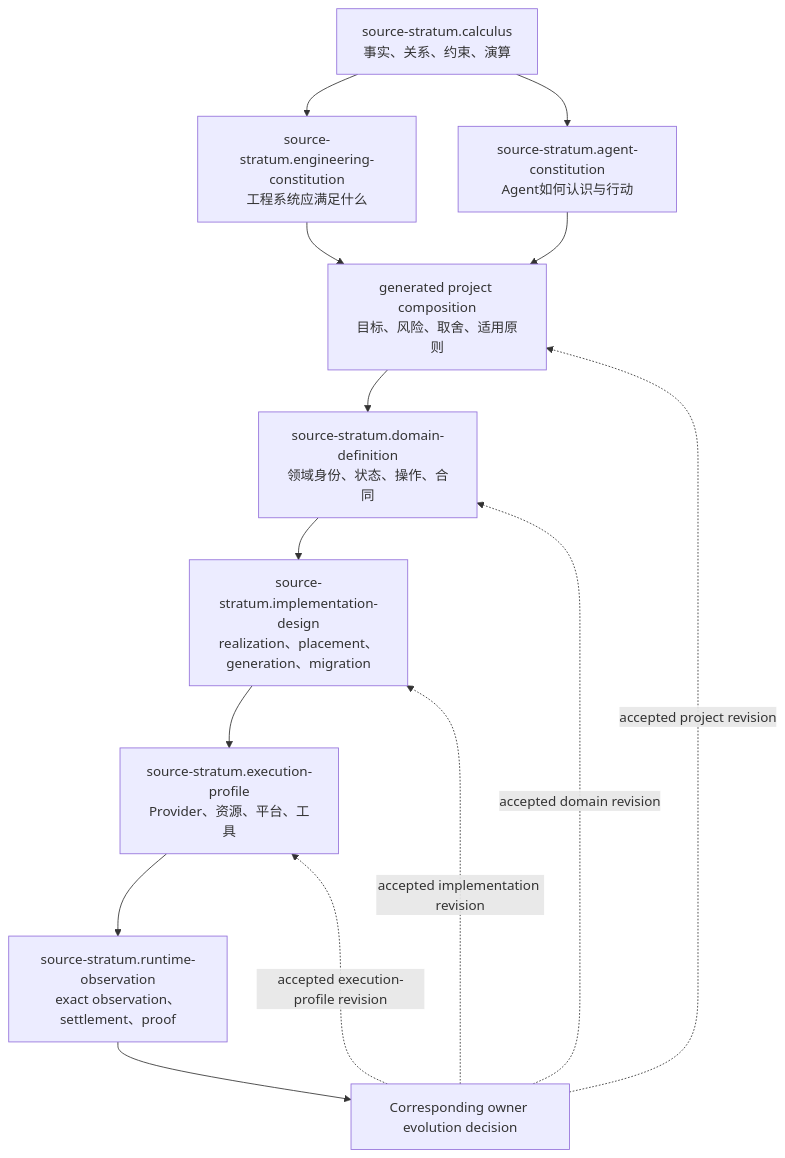
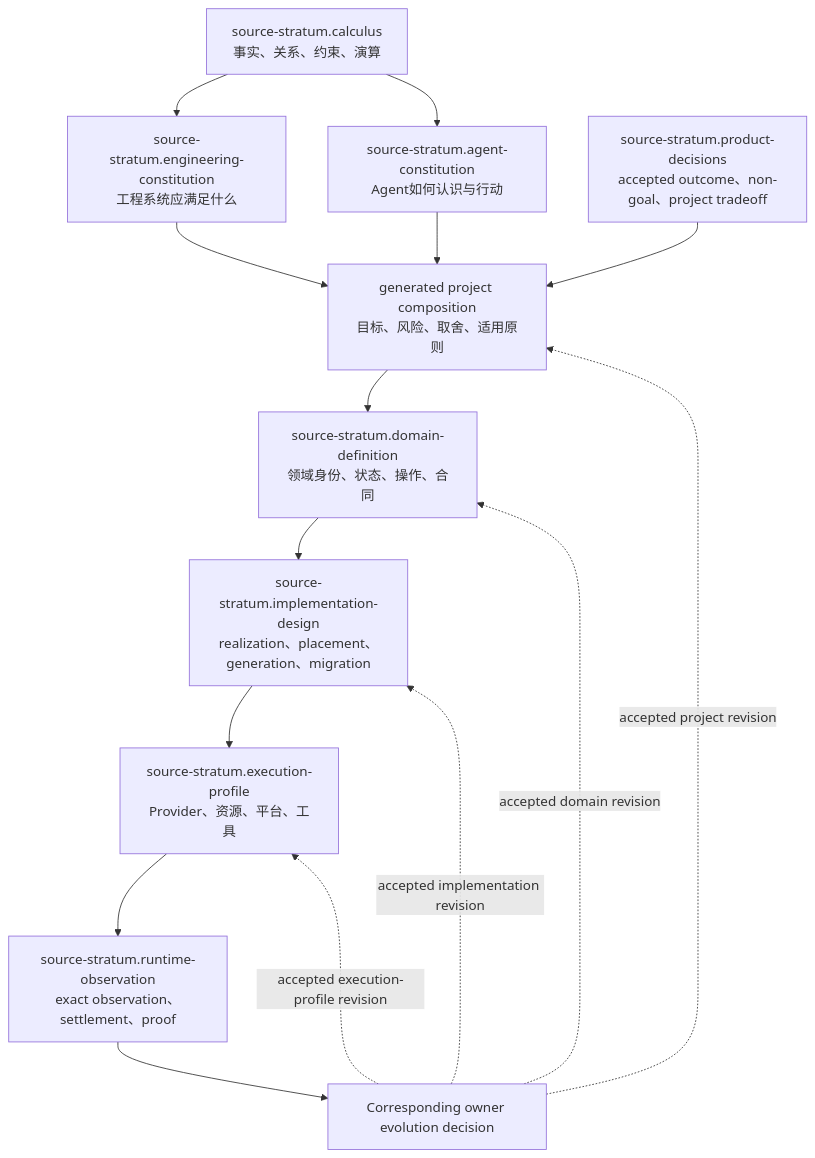
One commit to sec-platform/sec changed the first of 4 diagrams in docs/design-calculus.md. Above: the diagram before and after it, drawn with Mermaid. The commit also changed other lines of this file, not shown here.

Commit message:
docs: close project composition dependency order

````diff
--- a/docs/design-calculus.md
+++ b/docs/design-calculus.md
@@ -13,24 +13,26 @@
 ```mermaid
 flowchart TB
   CALC["source-stratum.calculus<br/>事实、关系、约束、演算"]
   ENG["source-stratum.engineering-constitution<br/>工程系统应满足什么"]
   AGENT["source-stratum.agent-constitution<br/>Agent如何认识与行动"]
+  PRODUCT["source-stratum.product-decisions<br/>accepted outcome、non-goal、project tradeoff"]
   PROJECT["generated project composition<br/>目标、风险、取舍、适用原则"]
   DOMAIN["source-stratum.domain-definition<br/>领域身份、状态、操作、合同"]
   IMPL["source-stratum.implementation-design<br/>realization、placement、generation、migration"]
   EXEC["source-stratum.execution-profile<br/>Provider、资源、平台、工具"]
   RUNTIME["source-stratum.runtime-observation<br/>exact observation、settlement、proof"]
   CALC --> ENG
   CALC --> AGENT
+  PRODUCT --> PROJECT
   ENG --> PROJECT
   AGENT --> PROJECT
   PROJECT --> DOMAIN
   DOMAIN --> IMPL
   IMPL --> EXEC
   EXEC --> RUNTIME
   RUNTIME --> REVISE[Corresponding owner evolution decision]
   REVISE -. "accepted project revision" .-> PROJECT
   REVISE -. "accepted domain revision" .-> DOMAIN
   REVISE -. "accepted implementation revision" .-> IMPL
   REVISE -. "accepted execution-profile revision" .-> EXEC
 ```
````
